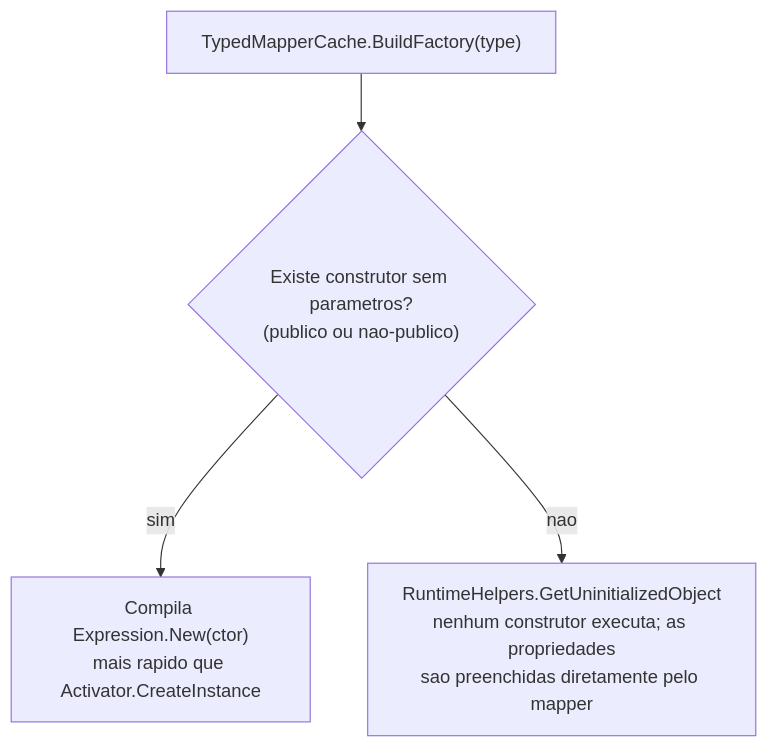
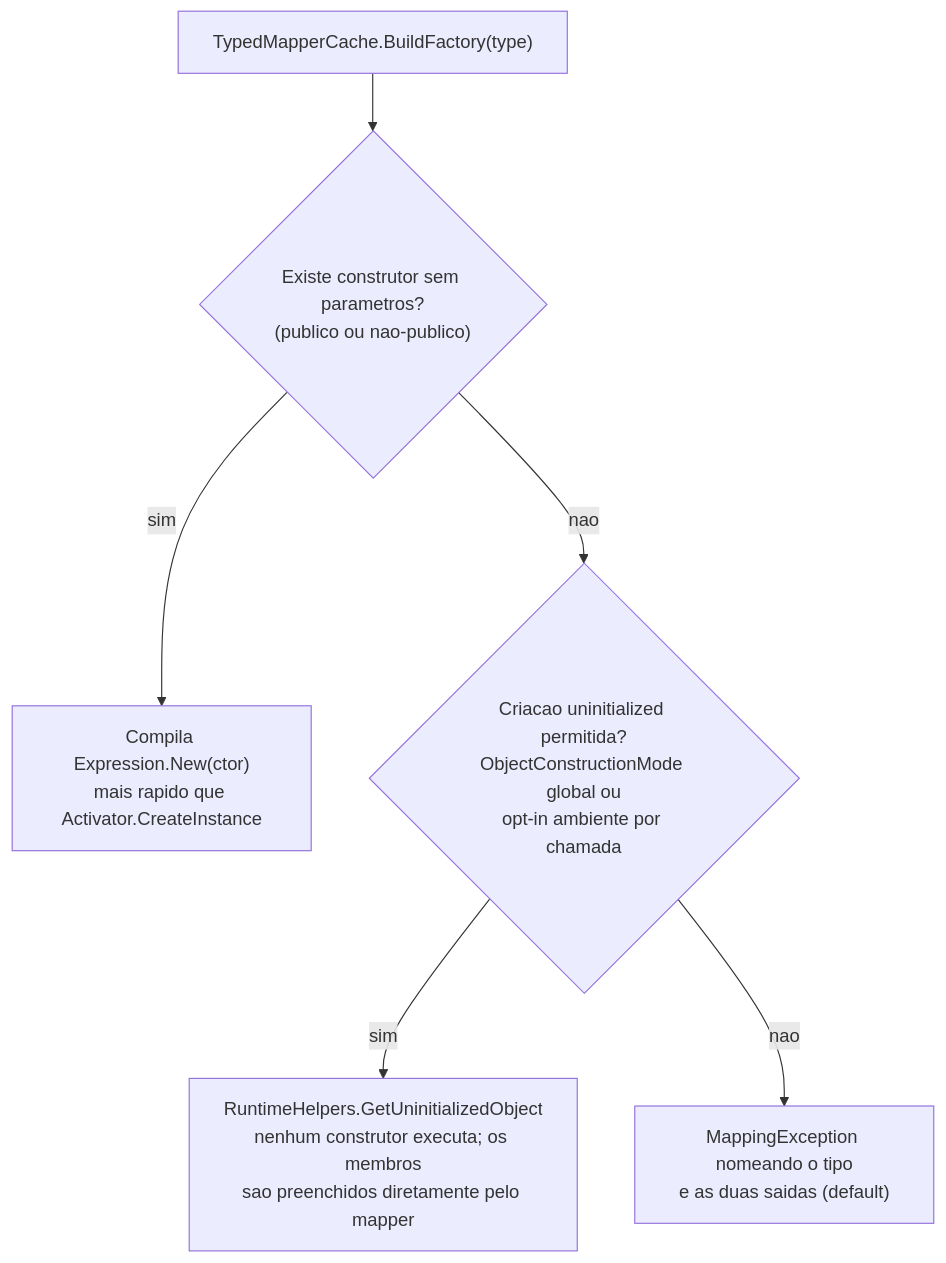
One commit to giacomeli/SimpleMapper changed the fourth of 4 diagrams in docs/pt-br/architecture.md. Above: the diagram before and after it, drawn with Mermaid. The commit also changed other lines of this file and 7 other files, not shown here.

````diff
--- a/docs/pt-br/architecture.md
+++ b/docs/pt-br/architecture.md
@@ -115,6 +115,8 @@
 ```mermaid
 flowchart TD
     A["TypedMapperCache.BuildFactory(type)"] --> B{"Existe construtor sem parametros?<br/>(publico ou nao-publico)"}
     B -- sim --> C["Compila Expression.New(ctor)<br/>mais rapido que Activator.CreateInstance"]
-    B -- nao --> D["RuntimeHelpers.GetUninitializedObject<br/>nenhum construtor executa; as propriedades<br/>sao preenchidas diretamente pelo mapper"]
+    B -- nao --> D{"Criacao uninitialized permitida?<br/>ObjectConstructionMode global ou<br/>opt-in ambiente por chamada"}
+    D -- sim --> E["RuntimeHelpers.GetUninitializedObject<br/>nenhum construtor executa; os membros<br/>sao preenchidos diretamente pelo mapper"]
+    D -- nao --> F["MappingException nomeando o tipo<br/>e as duas saidas (default)"]
 ```
````
